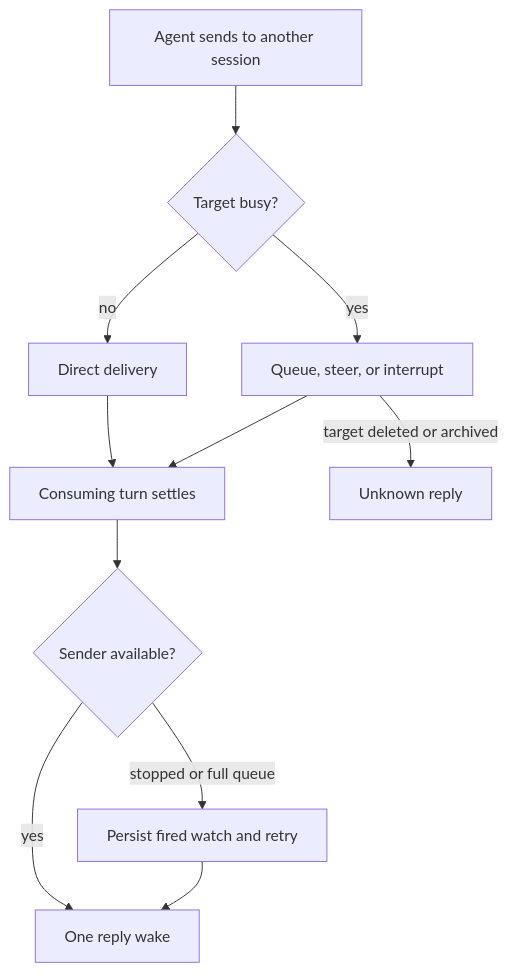
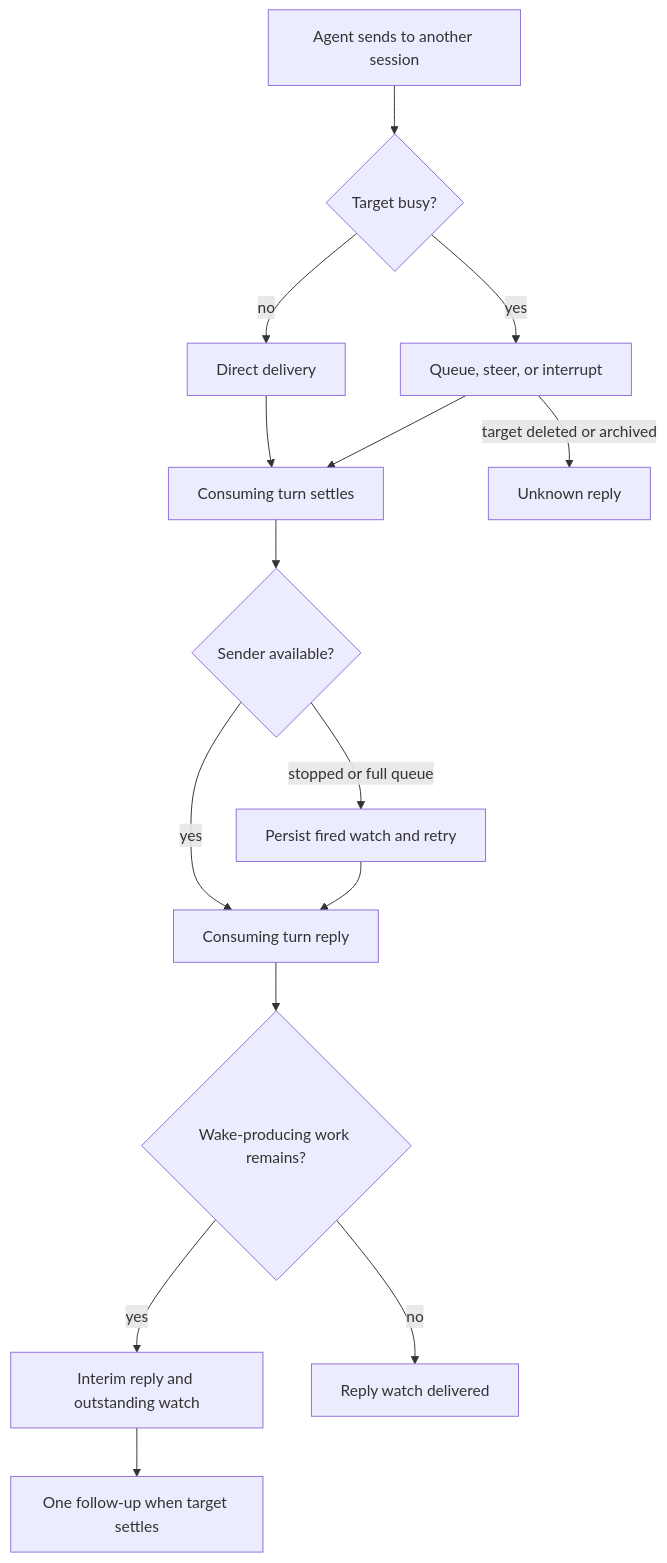
One commit to compozy/compozy changed the diagram in docs/qa/journeys/J-session-collaboration.md. Above: the diagram before and after it, drawn with Mermaid. The commit also changed other lines of this file and 54 other files, not shown here.

First line of the commit message:
fix: keep session reply watches alive through follow-up work (#1878)

````diff
--- a/docs/qa/journeys/J-session-collaboration.md
+++ b/docs/qa/journeys/J-session-collaboration.md
@@ -6,13 +6,17 @@
 ```mermaid
 flowchart TD
     A[Agent sends to another session] --> B{Target busy?}
     B -->|no| C[Direct delivery]
     B -->|yes| D[Queue, steer, or interrupt]
     C --> E[Consuming turn settles]
     D --> E
     E --> F{Sender available?}
-    F -->|yes| G[One reply wake]
+    F -->|yes| G[Consuming turn reply]
     F -->|stopped or full queue| H[Persist fired watch and retry]
     H --> G
+    G --> J{Wake-producing work remains?}
+    J -->|yes| K[Interim reply and outstanding watch]
+    K --> L[One follow-up when target settles]
+    J -->|no| M[Reply watch delivered]
     D -->|target deleted or archived| I[Unknown reply]
 ```
````
